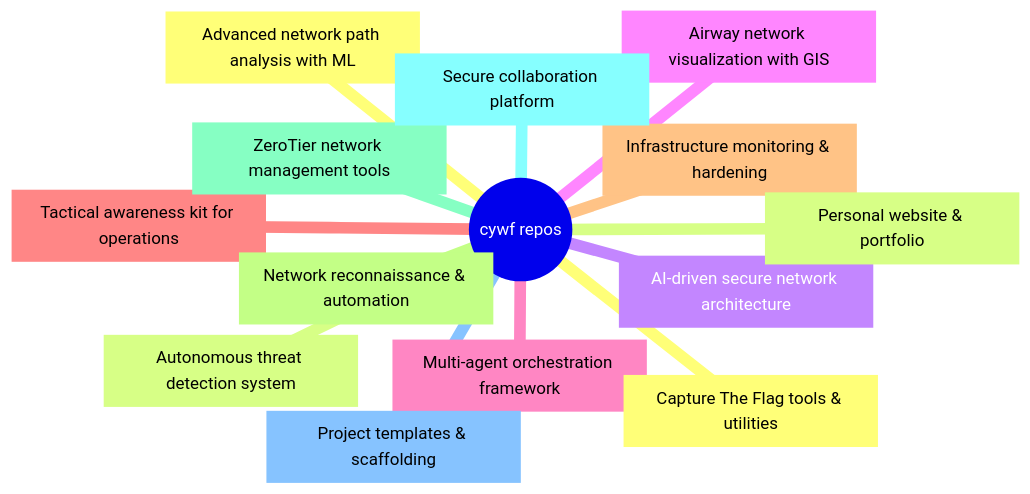
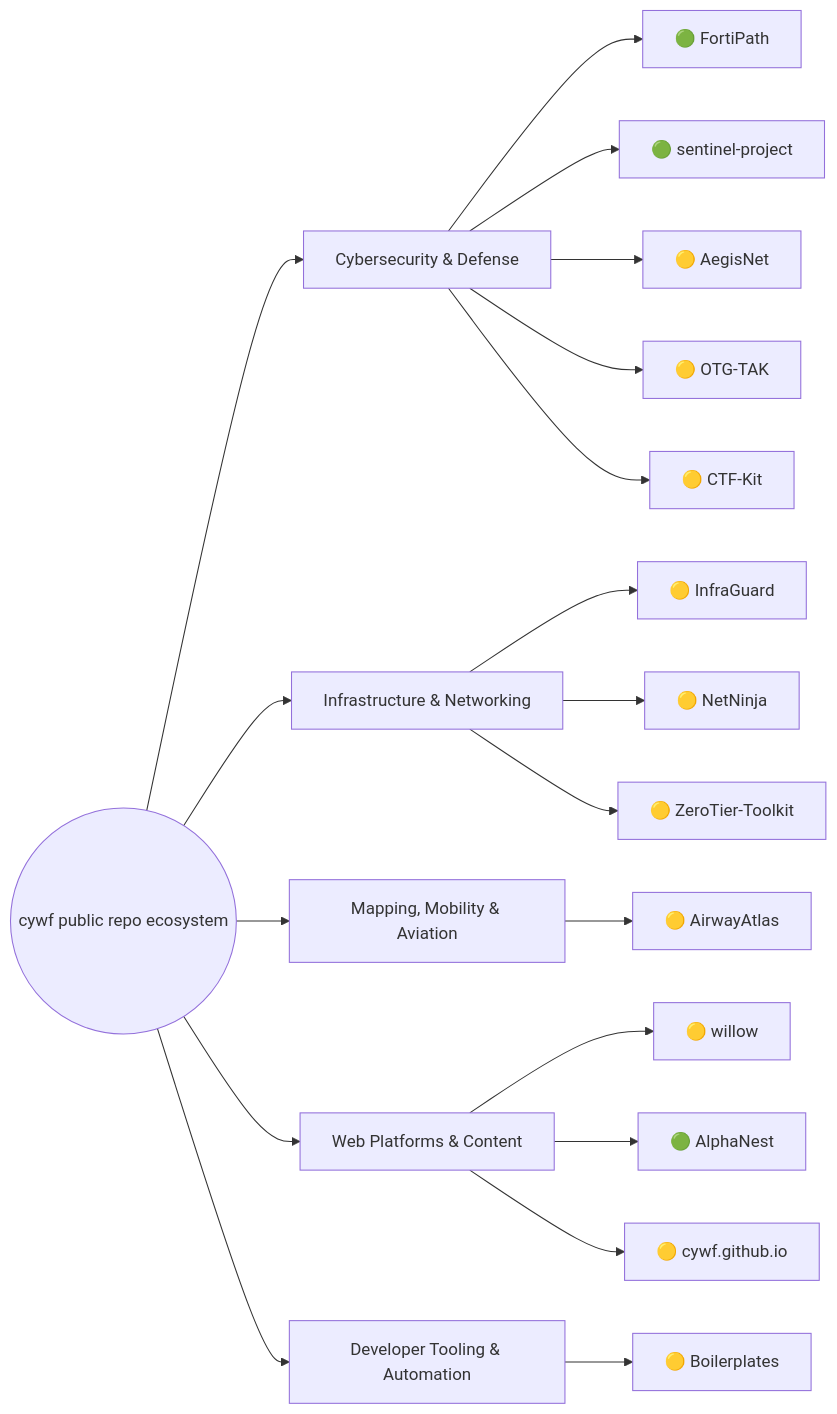
One commit to cywf/cywf changed the diagram in README.md. Above: the diagram before and after it, drawn with Mermaid. The commit also changed other lines of this file and 14 other files, not shown here.

Commit message:
fix(profile): remove Daily Brief and refocus README on public repo ecosystem

````diff
--- a/README.md
+++ b/README.md
@@ -208,17 +28,22 @@
 ```mermaid
-mindmap
-  root((cywf repos))
-    FortiPath[Advanced network path analysis with ML]
-    sentinel-project[Autonomous threat detection system]
-    AegisNet[AI-driven secure network architecture]
-    AirwayAtlas[Airway network visualization with GIS]
-    willow[Multi-agent orchestration framework]
-    OTG-TAK[Tactical awareness kit for operations]
-    InfraGuard[Infrastructure monitoring & hardening]
-    NetNinja[Network reconnaissance & automation]
-    ZeroTier-Toolkit[ZeroTier network management tools]
-    AlphaNest[Secure collaboration platform]
-    Boilerplates[Project templates & scaffolding]
-    CTF-Kit[Capture The Flag tools & utilities]
-    cywf.github.io[Personal website & portfolio]
+flowchart LR
+  root((cywf public repo ecosystem))
+  root --> CybersecurityDefense[Cybersecurity & Defense]
+  CybersecurityDefense --> FortiPath[🟢 FortiPath]
+  CybersecurityDefense --> sentinel-project[🟢 sentinel-project]
+  CybersecurityDefense --> AegisNet[🟡 AegisNet]
+  CybersecurityDefense --> OTG-TAK[🟡 OTG-TAK]
+  CybersecurityDefense --> CTF-Kit[🟡 CTF-Kit]
+  root --> InfrastructureNetworking[Infrastructure & Networking]
+  InfrastructureNetworking --> InfraGuard[🟡 InfraGuard]
+  InfrastructureNetworking --> NetNinja[🟡 NetNinja]
+  InfrastructureNetworking --> ZeroTier-Toolkit[🟡 ZeroTier-Toolkit]
+  root --> MappingMobilityAviation[Mapping, Mobility & Aviation]
+  MappingMobilityAviation --> AirwayAtlas[🟡 AirwayAtlas]
+  root --> WebPlatformsContent[Web Platforms & Content]
+  WebPlatformsContent --> willow[🟡 willow]
+  WebPlatformsContent --> AlphaNest[🟢 AlphaNest]
+  WebPlatformsContent --> cywf.github.io[🟡 cywf.github.io]
+  root --> DeveloperToolingAutomation[Developer Tooling & Automation]
+  DeveloperToolingAutomation --> Boilerplates[🟡 Boilerplates]
 ```
````
